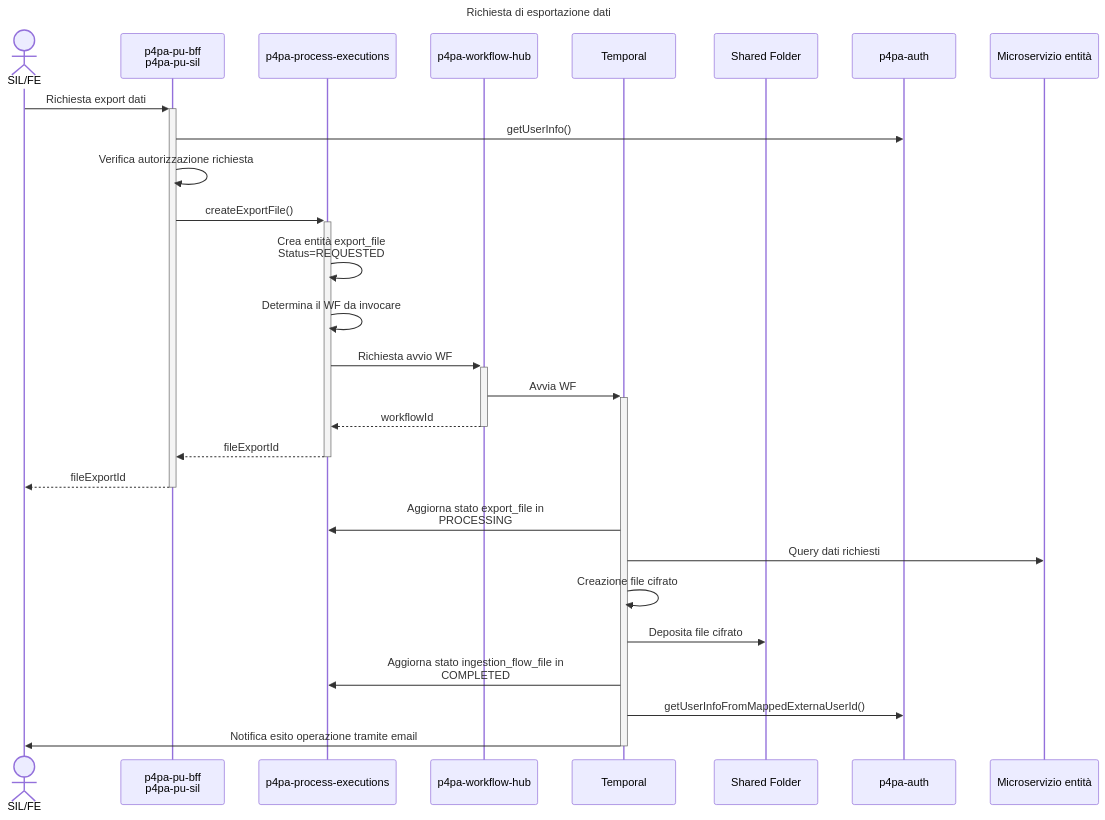
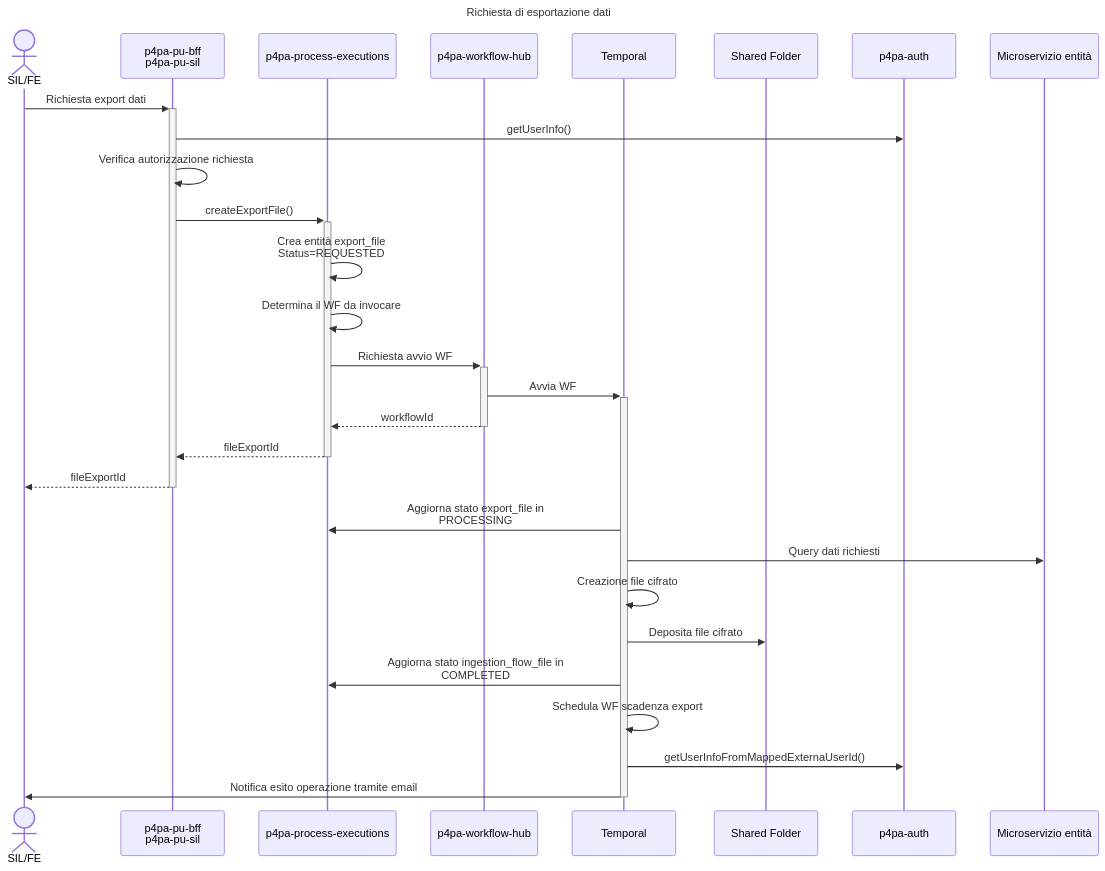
One commit to pagopa/p4pa-doc changed the diagram in design/filesHandling/02.export_seq.mmd. Above: the diagram before and after it, drawn with Mermaid. The commit also changed 1 other file, not shown here.

Commit message:
expiration export file

```diff
--- a/design/filesHandling/02.export_seq.mmd
+++ b/design/filesHandling/02.export_seq.mmd
@@ -1,33 +1,34 @@
 ---
 title: Richiesta di esportazione dati
 ---
 sequenceDiagram
     actor CLIENT as SIL/FE
     participant BFF as p4pa-pu-bff<BR />p4pa-pu-sil
     participant MS_PROCESS_EXECUTIONS as p4pa-process-executions
     participant MS_WF as p4pa-workflow-hub
     participant WF as Temporal
     participant SHARED as Shared Folder
     participant MS_AUTH as p4pa-auth
     participant MS_ENTITY as Microservizio entità
 
     CLIENT ->>+ BFF: Richiesta export dati
         BFF ->> MS_AUTH: getUserInfo()
         BFF ->> BFF: Verifica autorizzazione richiesta
         BFF ->>+ MS_PROCESS_EXECUTIONS: createExportFile()
             MS_PROCESS_EXECUTIONS ->> MS_PROCESS_EXECUTIONS: Crea entità export_file<BR />Status=REQUESTED
             MS_PROCESS_EXECUTIONS ->> MS_PROCESS_EXECUTIONS: Determina il WF da invocare
             MS_PROCESS_EXECUTIONS ->>+ MS_WF: Richiesta avvio WF
                 MS_WF ->>+ WF: Avvia WF
                 MS_WF -->>- MS_PROCESS_EXECUTIONS: workflowId
             MS_PROCESS_EXECUTIONS -->>- BFF: fileExportId
         BFF -->>- CLIENT: fileExportId
 
     WF ->> MS_PROCESS_EXECUTIONS: Aggiorna stato export_file in<BR />PROCESSING
     WF ->> MS_ENTITY: Query dati richiesti
     WF ->> WF: Creazione file cifrato
     WF ->> SHARED: Deposita file cifrato
     WF ->> MS_PROCESS_EXECUTIONS: Aggiorna stato ingestion_flow_file in<BR />COMPLETED
+    WF ->> WF: Schedula WF scadenza export
     WF ->> MS_AUTH: getUserInfoFromMappedExternaUserId()
     WF ->> CLIENT: Notifica esito operazione tramite email
     deactivate WF
```
